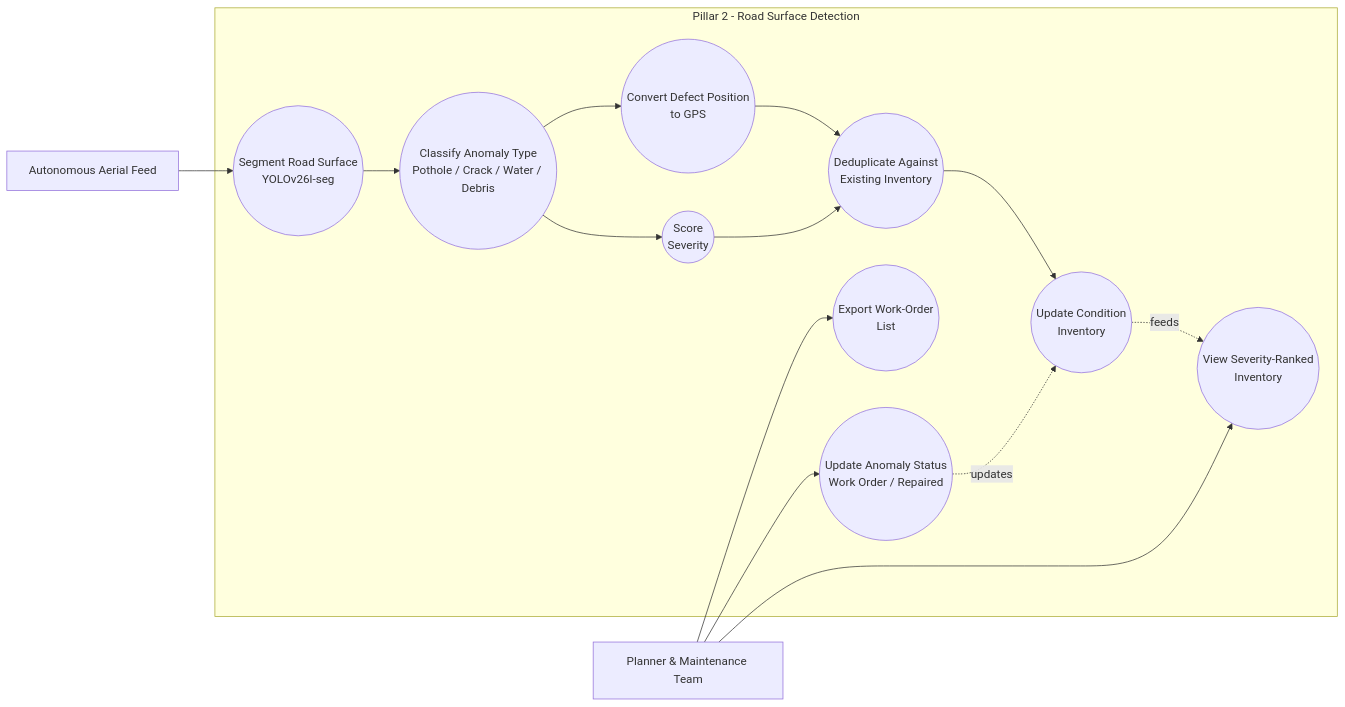
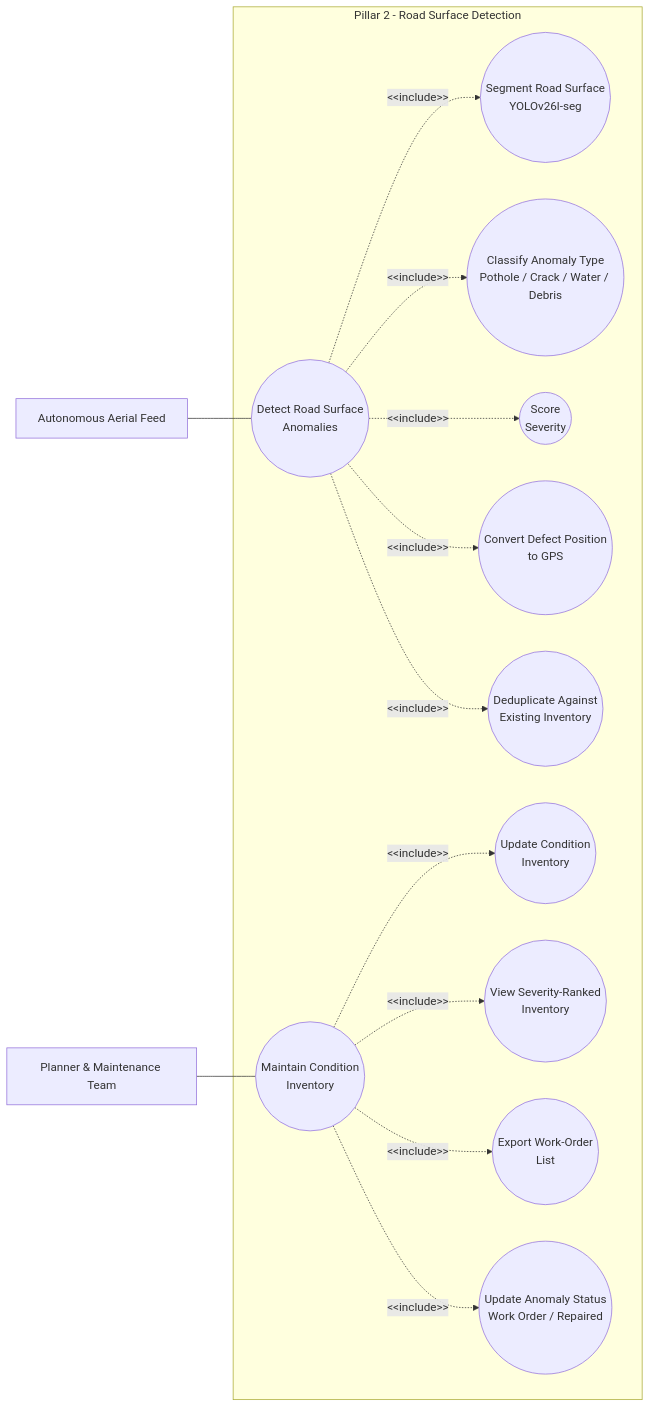
One commit to DevWithPranav/main-project changed the diagram in docs/diagrams/01c_Use_Case_Diagram_Road_Surface_Detection.md. Above: the diagram before and after it, drawn with Mermaid. The commit also changed other lines of this file and 3 other files, not shown here.

Commit message:
Update use case diagrams with enhanced notation and structure for clarity

````diff
--- a/docs/diagrams/01c_Use_Case_Diagram_Road_Surface_Detection.md
+++ b/docs/diagrams/01c_Use_Case_Diagram_Road_Surface_Detection.md
@@ -26,27 +26,35 @@
 ```mermaid
 flowchart LR
     FEED[Autonomous Aerial Feed]
     PLN[Planner & Maintenance Team]
 
     subgraph SYS[Pillar 2 - Road Surface Detection]
+        UC3(( Detect Road Surface<br/>Anomalies ))
+        UC4(( Maintain Condition<br/>Inventory ))
+
         A1(( Segment Road Surface<br/>YOLOv26l-seg ))
         A2(( Classify Anomaly Type<br/>Pothole / Crack / Water / Debris ))
         A3(( Score<br/>Severity ))
         A4(( Convert Defect Position<br/>to GPS ))
         A5(( Deduplicate Against<br/>Existing Inventory ))
+
         A6(( Update Condition<br/>Inventory ))
         A7(( View Severity-Ranked<br/>Inventory ))
         A8(( Export Work-Order<br/>List ))
         A9(( Update Anomaly Status<br/>Work Order / Repaired ))
     end
 
-    FEED --> A1 --> A2 --> A3
-    A2 --> A4 --> A5
-    A3 --> A5
-    A5 --> A6
-    A6 -.feeds.-> A7
-    PLN --> A7
-    PLN --> A8
-    PLN --> A9
-    A9 -.updates.-> A6
+    UC3 -. "&lt;&lt;include&gt;&gt;" .-> A1
+    UC3 -. "&lt;&lt;include&gt;&gt;" .-> A2
+    UC3 -. "&lt;&lt;include&gt;&gt;" .-> A3
+    UC3 -. "&lt;&lt;include&gt;&gt;" .-> A4
+    UC3 -. "&lt;&lt;include&gt;&gt;" .-> A5
+
+    UC4 -. "&lt;&lt;include&gt;&gt;" .-> A6
+    UC4 -. "&lt;&lt;include&gt;&gt;" .-> A7
+    UC4 -. "&lt;&lt;include&gt;&gt;" .-> A8
+    UC4 -. "&lt;&lt;include&gt;&gt;" .-> A9
+
+    FEED --- UC3
+    PLN  --- UC4
 ```
````
